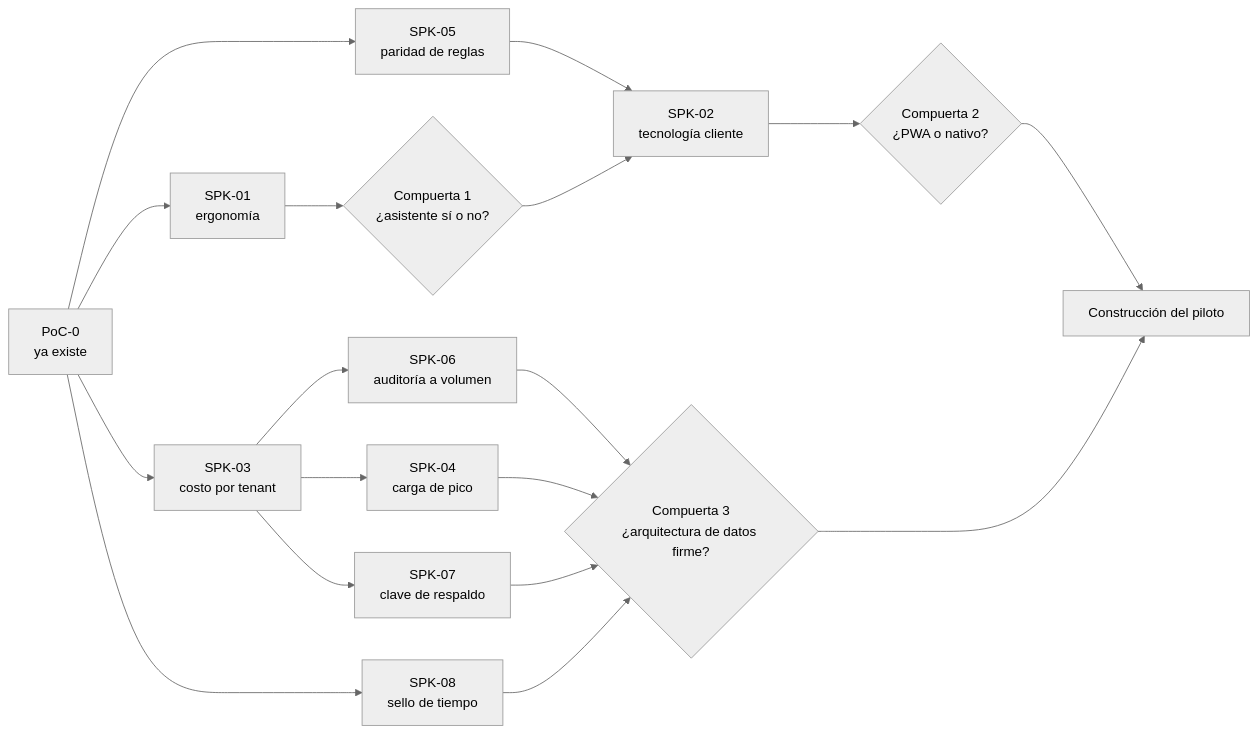
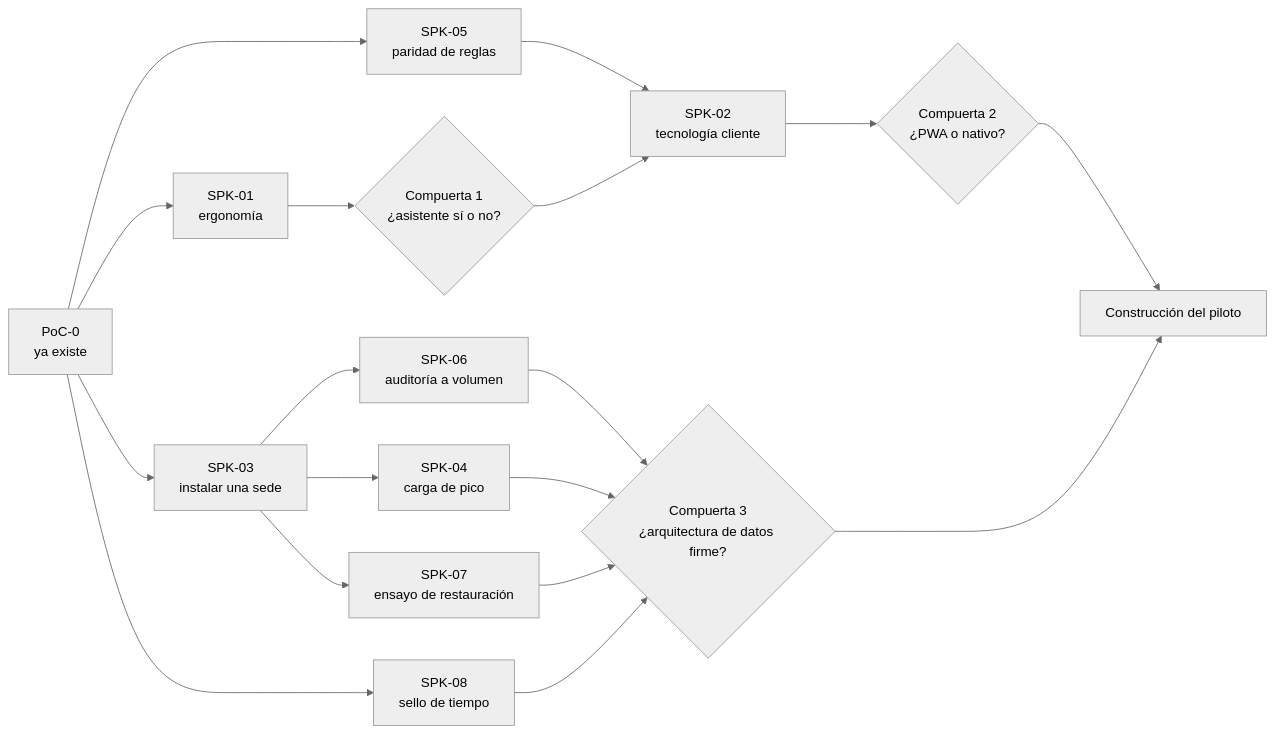
One commit to JuanPabloAvendano/FlorLogic changed the second of 2 diagrams in docs/03-arquitectura/FlorLogic-alternativa-de-solucion-y-ADR.md. Above: the diagram before and after it, drawn with Mermaid (neutral theme). The commit also changed other lines of this file and 19 other files, not shown here.

````diff
--- a/docs/03-arquitectura/FlorLogic-alternativa-de-solucion-y-ADR.md
+++ b/docs/03-arquitectura/FlorLogic-alternativa-de-solucion-y-ADR.md
@@ -870,20 +1584,20 @@
 ```mermaid
 flowchart LR
     P0["PoC-0<br/>ya existe"] --> S1["SPK-01<br/>ergonomía"]
     P0 --> S5["SPK-05<br/>paridad de reglas"]
     S1 --> G1{"Compuerta 1<br/>¿asistente sí o no?"}
     S5 --> S2["SPK-02<br/>tecnología cliente"]
     G1 --> S2
     S2 --> G2{"Compuerta 2<br/>¿PWA o nativo?"}
-    P0 --> S3["SPK-03<br/>costo por tenant"]
+    P0 --> S3["SPK-03<br/>instalar una sede"]
     S3 --> S6["SPK-06<br/>auditoría a volumen"]
     S3 --> S4["SPK-04<br/>carga de pico"]
-    S3 --> S7["SPK-07<br/>clave de respaldo"]
+    S3 --> S7["SPK-07<br/>ensayo de restauración"]
     S6 --> G3{"Compuerta 3<br/>¿arquitectura de datos firme?"}
     S4 --> G3
     S7 --> G3
     P0 --> S8["SPK-08<br/>sello de tiempo"]
     S8 --> G3
     G2 --> BUILD["Construcción del piloto"]
     G3 --> BUILD
 ```
````
